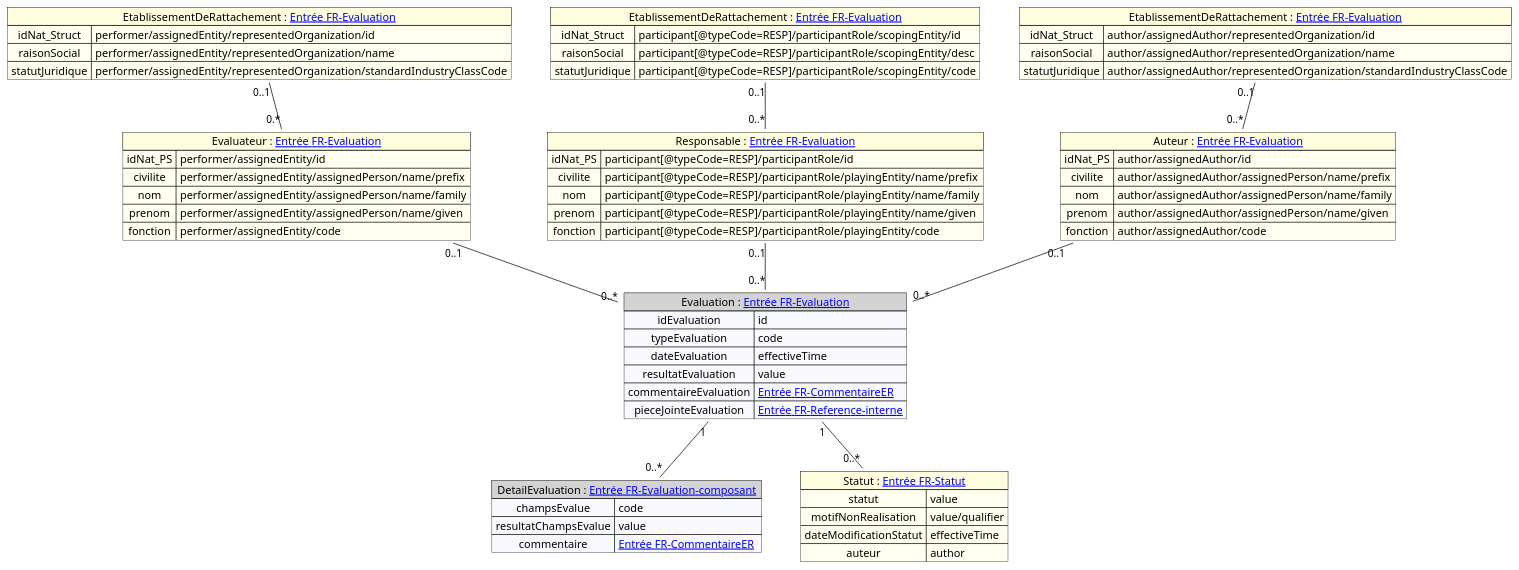
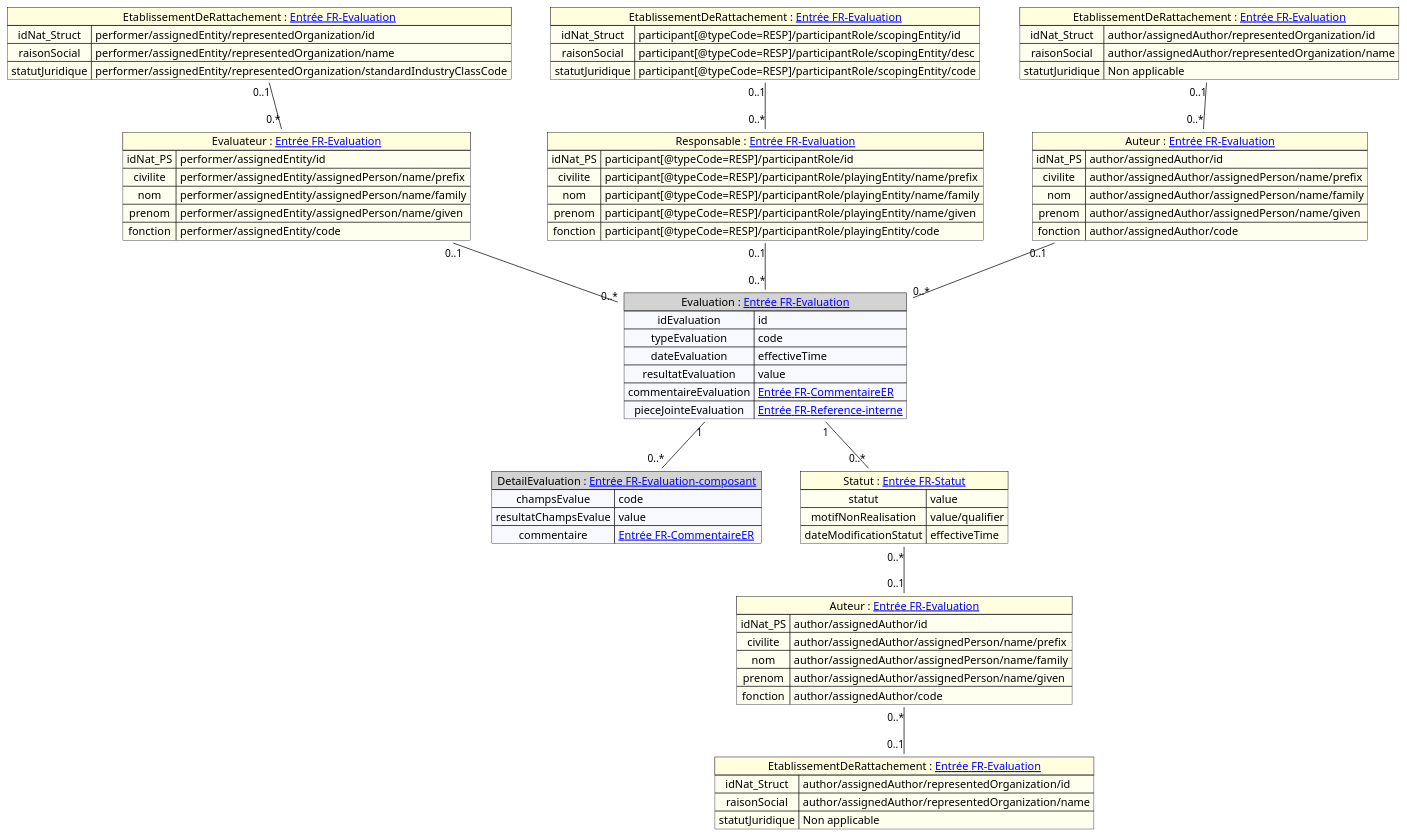
Before and after one commit to ansforge/IG-fhir-transfert-donnees-dui-esms: the diagram in input/images-source/mapping_evaluation.plantuml, drawn with PlantUML. The commit also changed 5 other files, not shown here.

```diff
--- a/input/images-source/mapping_evaluation.plantuml
+++ b/input/images-source/mapping_evaluation.plantuml
@@ -1,80 +1,95 @@
 @startuml
 
 
 map "Evaluation : [[contenu_dossier_corps_cda.html Entrée FR-Evaluation]]" as Evaluation #back:GhostWhite;header:LightGray{
     idEvaluation => id
     typeEvaluation => code
     dateEvaluation => effectiveTime
     resultatEvaluation => value
     commentaireEvaluation => [[contenu_dossier_corps_cda.html Entrée FR-CommentaireER]]
     pieceJointeEvaluation => [[contenu_dossier_corps_cda.html Entrée FR-Reference-interne]]
 }
 
 
 map "DetailEvaluation : [[contenu_dossier_corps_cda.html Entrée FR-Evaluation-composant]]" as DetailEvaluation #back:GhostWhite;header:LightGray{
     champsEvalue => code
     resultatChampsEvalue => value
     commentaire => [[contenu_dossier_corps_cda.html Entrée FR-CommentaireER]]
 }
 
 map "Evaluateur : [[contenu_dossier_corps_cda.html Entrée FR-Evaluation]]" as Evaluateur#back:Ivory;header:LightYellow {
     idNat_PS => performer/assignedEntity/id
     civilite => performer/assignedEntity/assignedPerson/name/prefix
     nom => performer/assignedEntity/assignedPerson/name/family
     prenom => performer/assignedEntity/assignedPerson/name/given
     fonction => performer/assignedEntity/code
 }
 
 map "EtablissementDeRattachement : [[contenu_dossier_corps_cda.html Entrée FR-Evaluation]]" as etablissementDeRattachementEval #back:Ivory;header:LightYellow {
     idNat_Struct => performer/assignedEntity/representedOrganization/id
     raisonSocial => performer/assignedEntity/representedOrganization/name
     statutJuridique =>  performer/assignedEntity/representedOrganization/standardIndustryClassCode
 }
 
 map "Responsable : [[contenu_dossier_corps_cda.html Entrée FR-Evaluation]]" as Responsable#back:Ivory;header:LightYellow {
     idNat_PS => participant[@typeCode=RESP]/participantRole/id
     civilite => participant[@typeCode=RESP]/participantRole/playingEntity/name/prefix
     nom => participant[@typeCode=RESP]/participantRole/playingEntity/name/family
     prenom => participant[@typeCode=RESP]/participantRole/playingEntity/name/given
     fonction => participant[@typeCode=RESP]/participantRole/playingEntity/code
 }
 
 map "EtablissementDeRattachement : [[contenu_dossier_corps_cda.html Entrée FR-Evaluation]]" as etablissementDeRattachementResp #back:Ivory;header:LightYellow {
     idNat_Struct => participant[@typeCode=RESP]/participantRole/scopingEntity/id
     raisonSocial => participant[@typeCode=RESP]/participantRole/scopingEntity/desc
     statutJuridique => participant[@typeCode=RESP]/participantRole/scopingEntity/code
 }
 
 map "Auteur : [[contenu_dossier_corps_cda.html Entrée FR-Evaluation]]" as Auteur#back:Ivory;header:LightYellow {
     idNat_PS => author/assignedAuthor/id
     civilite => author/assignedAuthor/assignedPerson/name/prefix
     nom => author/assignedAuthor/assignedPerson/name/family
     prenom => author/assignedAuthor/assignedPerson/name/given
     fonction => author/assignedAuthor/code
 }
 
 map "EtablissementDeRattachement : [[contenu_dossier_corps_cda.html Entrée FR-Evaluation]]" as etablissementDeRattachementAuth #back:Ivory;header:LightYellow {
     idNat_Struct => author/assignedAuthor/representedOrganization/id
     raisonSocial => author/assignedAuthor/representedOrganization/name
-    statutJuridique => author/assignedAuthor/representedOrganization/standardIndustryClassCode
+    statutJuridique => Non applicable
 }
 
 map "Statut : [[contenu_dossier_corps_cda.html Entrée FR-Statut]]" as Statut #back:Ivory;header:LightYellow{
     statut => value
     motifNonRealisation => value/qualifier
     dateModificationStatut => effectiveTime
-    auteur => author
+}
+
+map "Auteur : [[contenu_dossier_corps_cda.html Entrée FR-Evaluation]]" as AuteurStatut #back:Ivory;header:LightYellow {
+    idNat_PS => author/assignedAuthor/id
+    civilite => author/assignedAuthor/assignedPerson/name/prefix
+    nom => author/assignedAuthor/assignedPerson/name/family
+    prenom => author/assignedAuthor/assignedPerson/name/given
+    fonction => author/assignedAuthor/code
+}
+
+map "EtablissementDeRattachement : [[contenu_dossier_corps_cda.html Entrée FR-Evaluation]]" as etablissementDeRattachementAuthStatut #back:Ivory;header:LightYellow {
+    idNat_Struct => author/assignedAuthor/representedOrganization/id
+    raisonSocial => author/assignedAuthor/representedOrganization/name
+    statutJuridique => Non applicable
 }
 
 'Liens entre éléments
 Evaluateur "0..1" -- "0..*" Evaluation
 Responsable "0..1" -- "0..*" Evaluation
 Auteur "0..1" -- "0..*" Evaluation
 Evaluation "1" -- "0..*" DetailEvaluation
 Evaluation "1" -- "0..*" Statut
 etablissementDeRattachementResp "0..1" -- "0..*" Responsable
 etablissementDeRattachementEval "0..1" -- "0.*" Evaluateur
 etablissementDeRattachementAuth "0..1" -- "0..*" Auteur
+Statut "0..*" -- "0..1" AuteurStatut
+AuteurStatut "0..*" -- "0..1" etablissementDeRattachementAuthStatut
 
 
 @enduml
```
